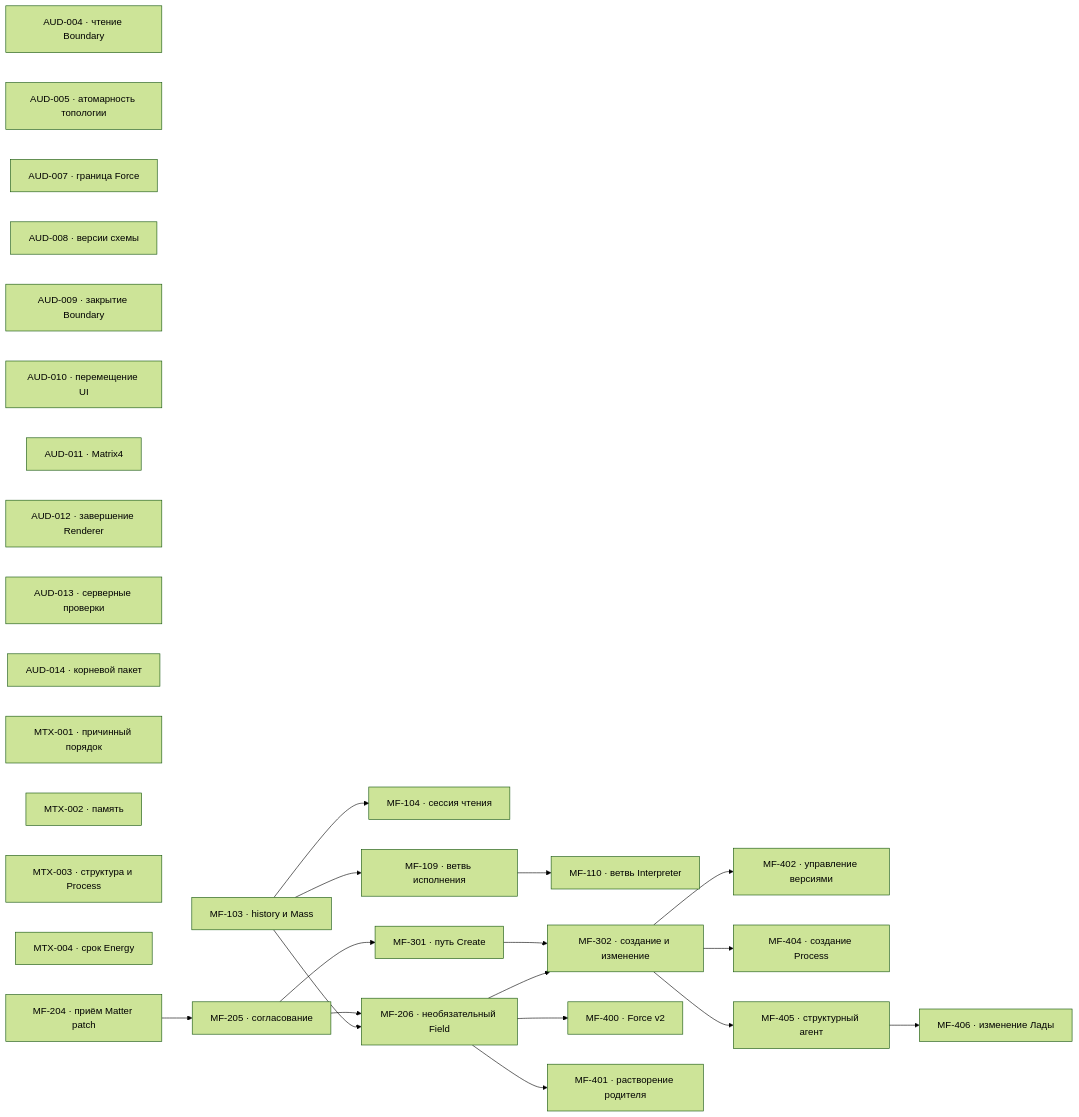
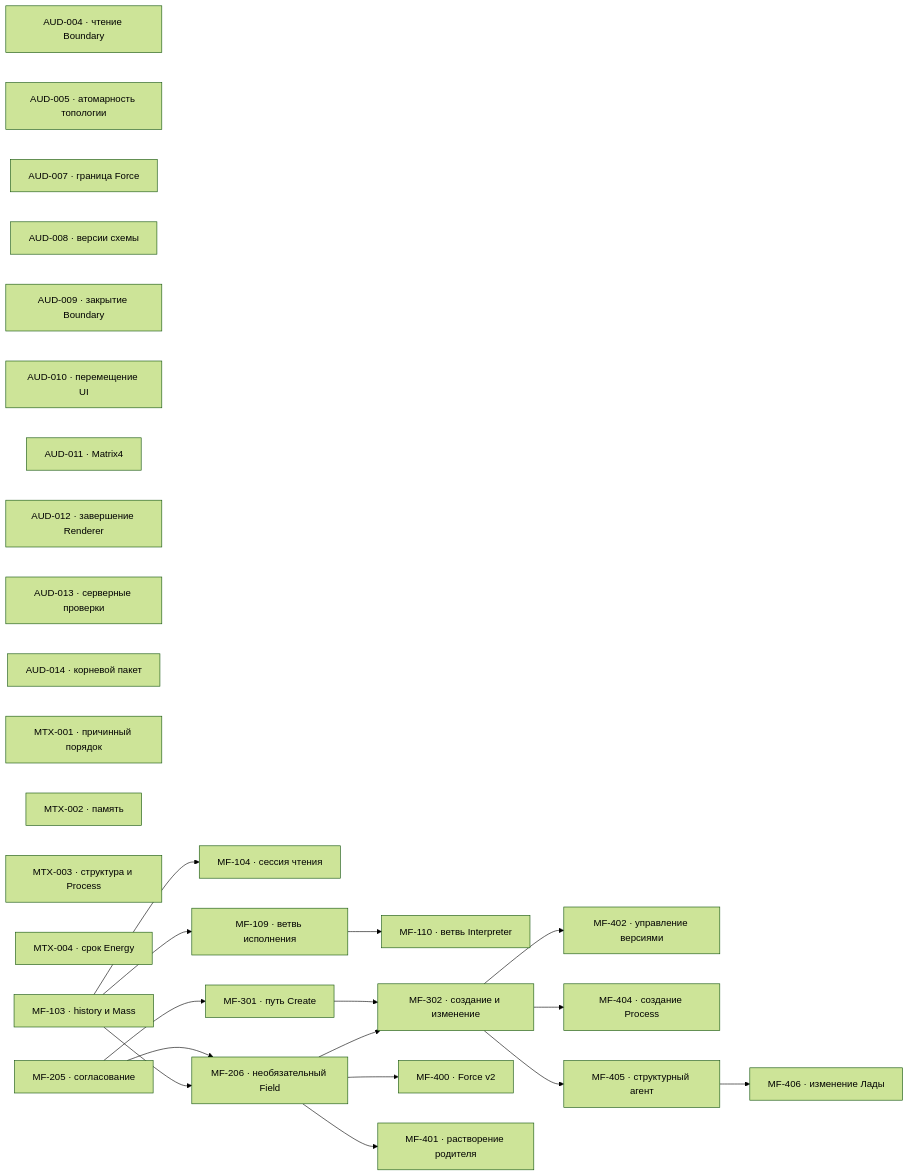
The diagram in project/TODO.md (zavx0z/metafor), drawn with Mermaid (forest theme) before and after one commit. The commit also changed other lines of this file and 1 other file, not shown here.

Commit message:
project(MF-204): close Matter patch acceptance

````diff
--- a/project/TODO.md
+++ b/project/TODO.md
@@ -13,48 +13,46 @@
 ```mermaid
 flowchart LR
     AUD004["AUD-004 · чтение Boundary"]
     AUD005["AUD-005 · атомарность топологии"]
     AUD007["AUD-007 · граница Force"]
     AUD008["AUD-008 · версии схемы"]
     AUD009["AUD-009 · закрытие Boundary"]
     AUD010["AUD-010 · перемещение UI"]
     AUD011["AUD-011 · Matrix4"]
     AUD012["AUD-012 · завершение Renderer"]
     AUD013["AUD-013 · серверные проверки"]
     AUD014["AUD-014 · корневой пакет"]
     MTX001["MTX-001 · причинный порядок"]
     MTX002["MTX-002 · память"]
     MTX003["MTX-003 · структура и Process"]
     MTX004["MTX-004 · срок Energy"]
     MF103["MF-103 · history и Mass"]
     MF104["MF-104 · сессия чтения"]
     MF109["MF-109 · ветвь исполнения"]
     MF110["MF-110 · ветвь Interpreter"]
-    MF204["MF-204 · приём Matter patch"]
     MF205["MF-205 · согласование"]
     MF206["MF-206 · необязательный Field"]
     MF301["MF-301 · путь Create"]
     MF302["MF-302 · создание и изменение"]
     MF400["MF-400 · Force v2"]
     MF401["MF-401 · растворение родителя"]
     MF402["MF-402 · управление версиями"]
     MF404["MF-404 · создание Process"]
     MF405["MF-405 · структурный агент"]
     MF406["MF-406 · изменение Лады"]
 
     MF103 --> MF104
     MF103 --> MF109
     MF109 --> MF110
-    MF204 --> MF205
     MF205 --> MF206
     MF103 --> MF206
     MF205 --> MF301
     MF301 --> MF302
     MF206 --> MF302
     MF206 --> MF400
     MF206 --> MF401
     MF302 --> MF402
     MF302 --> MF404
     MF302 --> MF405
     MF405 --> MF406
 ```
````
